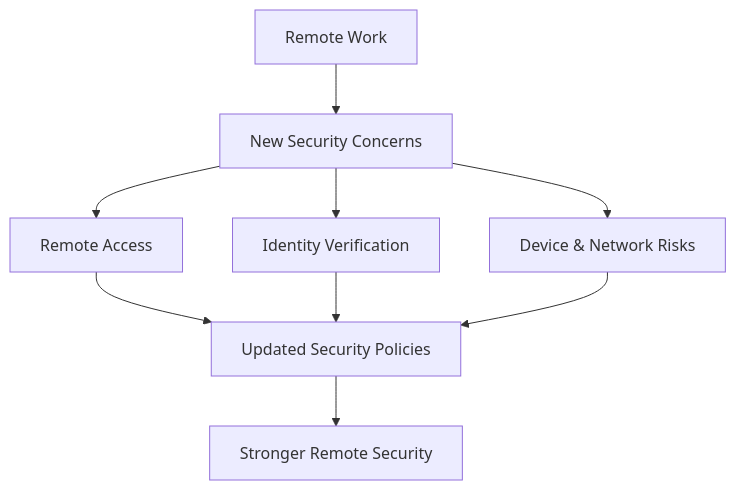
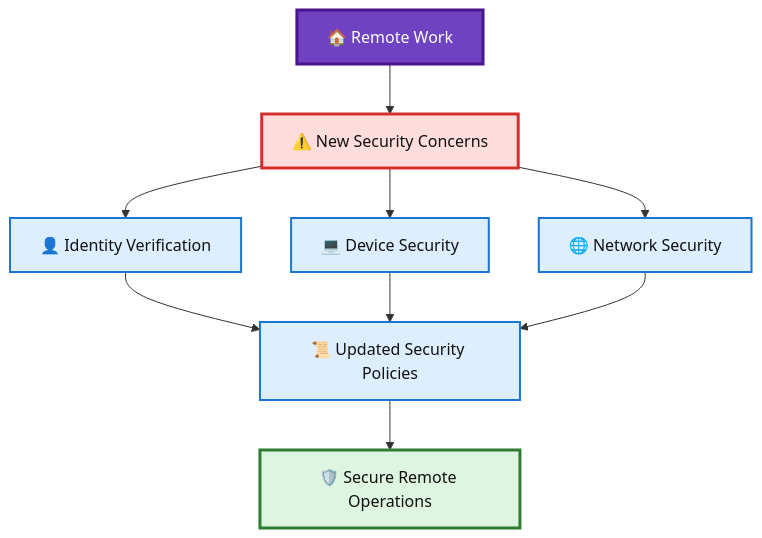
Before and after one commit to OLYMPUSPRIME/RAW-WatchTower: the fourth of 4 diagrams in Quiz_4_Remote_Work_and_Cybersecurity.md, drawn with Mermaid. The commit also changed other lines of this file, not shown here.

````diff
--- a/Quiz_4_Remote_Work_and_Cybersecurity.md
+++ b/Quiz_4_Remote_Work_and_Cybersecurity.md
@@ -86,11 +195,21 @@
 ```mermaid
 flowchart TD
-    A[Remote Work] --> B[New Security Concerns]
-    B --> C[Remote Access]
-    B --> D[Identity Verification]
-    B --> E[Device & Network Risks]
-    C --> F[Updated Security Policies]
+    A["🏠 Remote Work"] --> B["⚠️ New Security Concerns"]
+    B --> C["👤 Identity Verification"]
+    B --> D["💻 Device Security"]
+    B --> E["🌐 Network Security"]
+    C --> F["📜 Updated Security Policies"]
     D --> F
     E --> F
-    F --> G[Stronger Remote Security]
+    F --> G["🛡️ Secure Remote Operations"]
+
+    classDef root fill:#6f42c1,stroke:#4a148c,stroke-width:3px,color:#fff;
+    classDef risk fill:#ffdddd,stroke:#d32f2f,stroke-width:3px,color:#111;
+    classDef control fill:#ddeeff,stroke:#1976d2,stroke-width:2px,color:#111;
+    classDef outcome fill:#ddf5e1,stroke:#2e7d32,stroke-width:3px,color:#111;
+
+    class A root;
+    class B risk;
+    class C,D,E,F control;
+    class G outcome;
 ```
````
